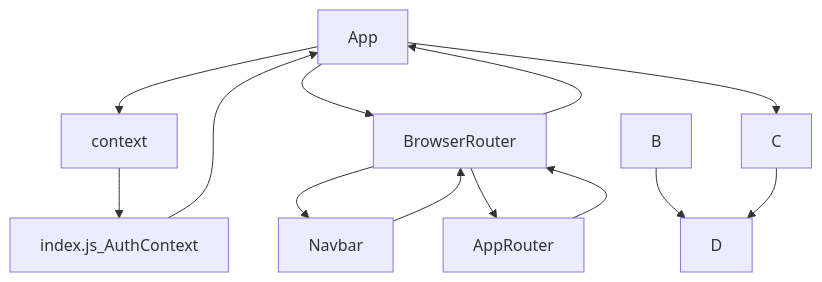
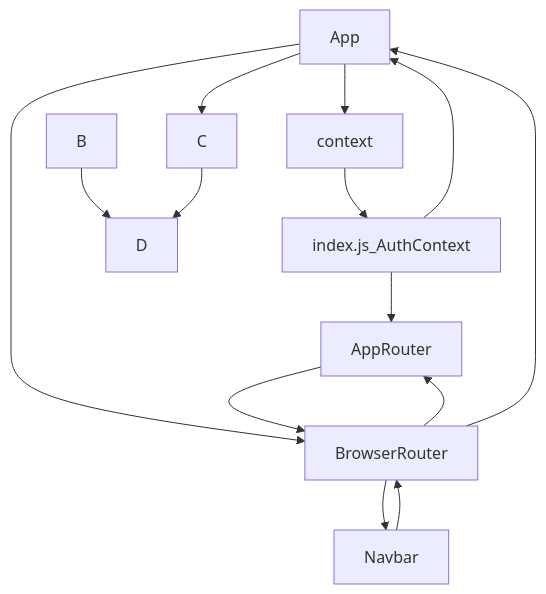
One commit to Freeze35/test-react-project changed the diagram in README.md. Above: the diagram before and after it, drawn with Mermaid.

````diff
--- a/README.md
+++ b/README.md
@@ -112,12 +112,14 @@
 ```mermaid
 graph TD;
    App-->context-->index.js_AuthContext-->App;
+   index.js_AuthContext-->AppRouter
    App-->BrowserRouter-->Navbar;
    BrowserRouter-->AppRouter;
    Navbar-->BrowserRouter;
    AppRouter-->BrowserRouter;
    BrowserRouter-->App
    App-->C;
+   
    B-->D;
    C-->D;
 ```
````
